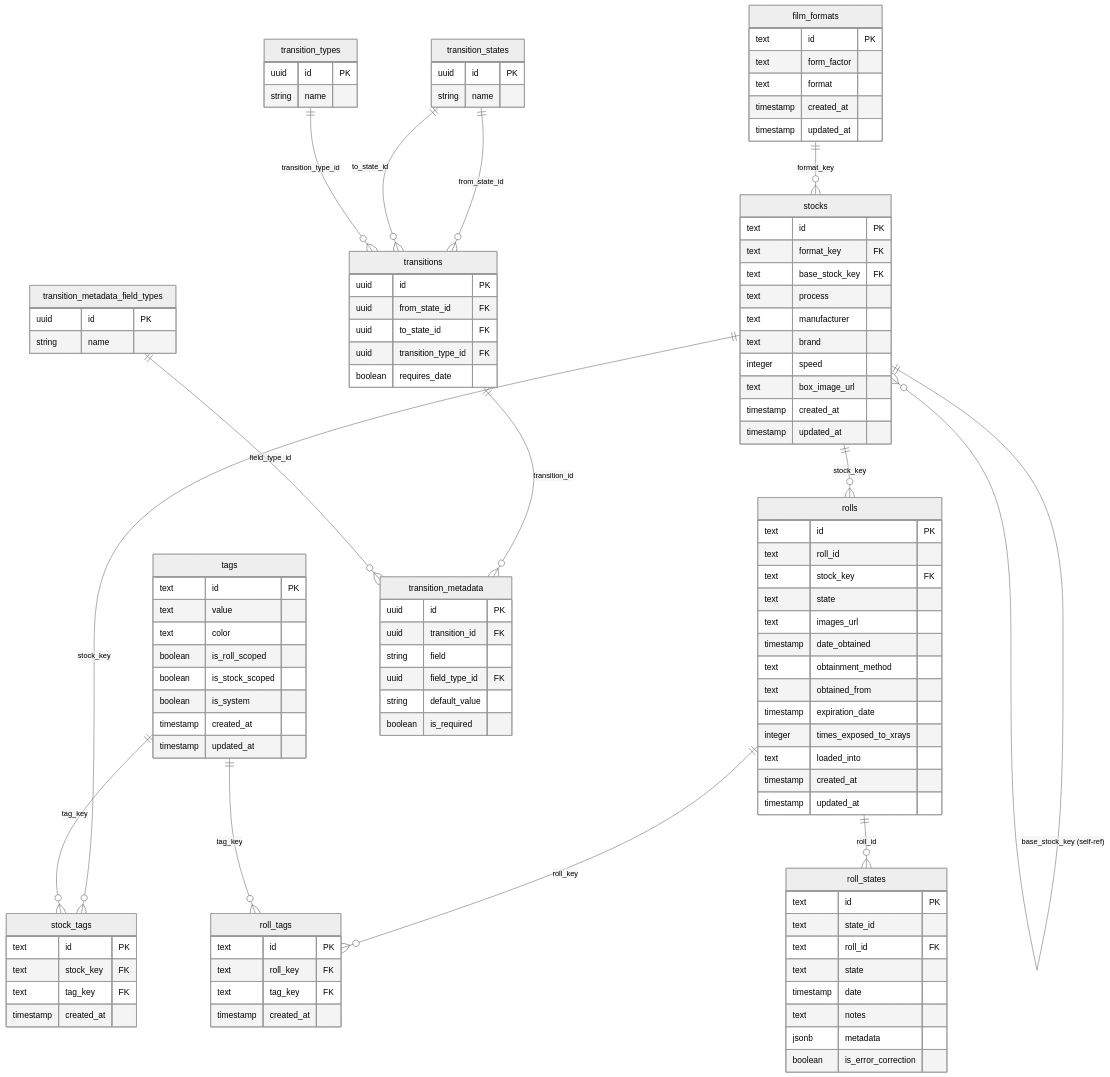
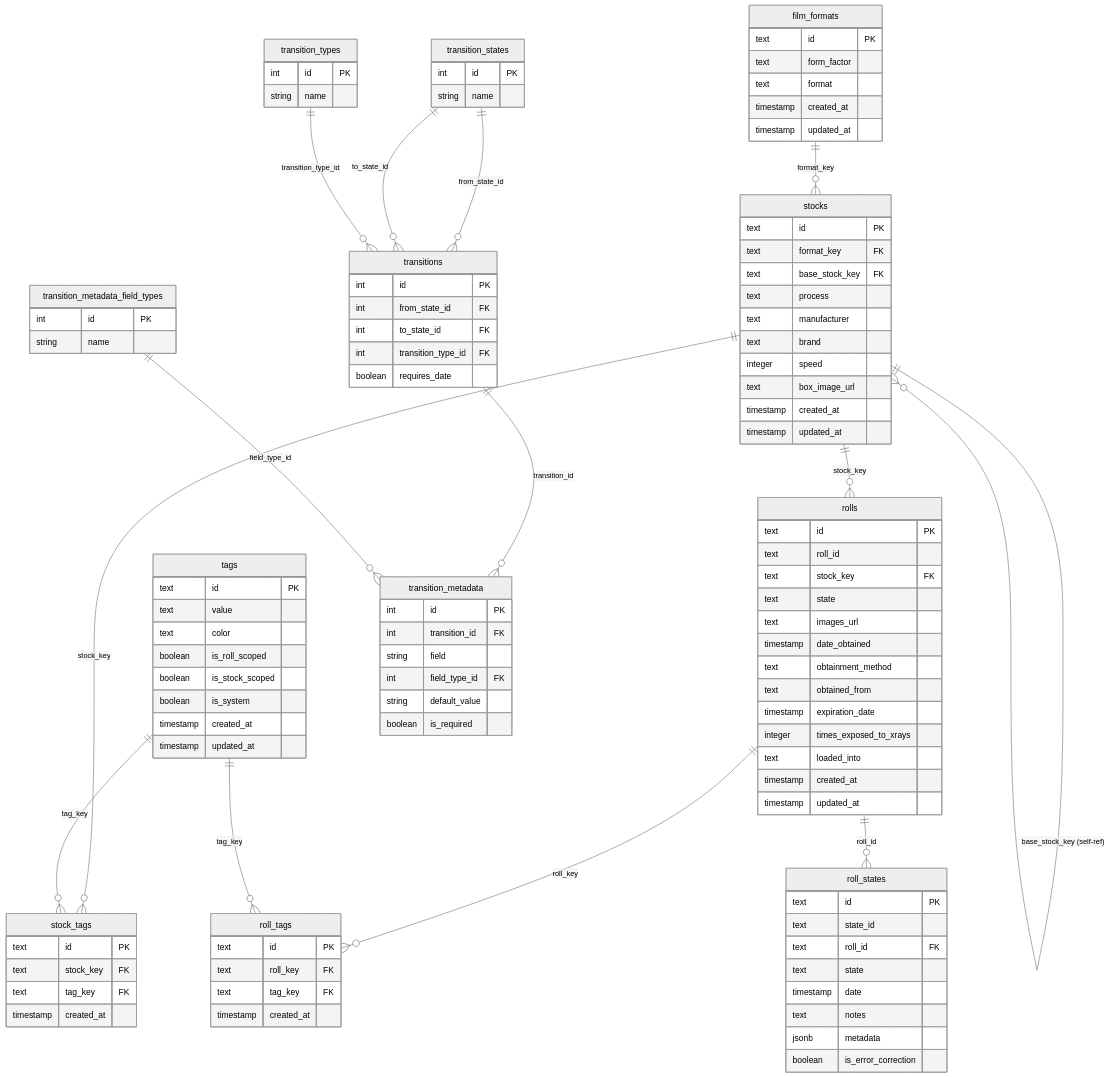
The diagram in docs/entity-relationship.md (joshholl/frollz), drawn with Mermaid (neutral theme) before and after one commit. The commit also changed 219 other files, not shown here.

```diff
--- a/docs/entity-relationship.md
+++ b/docs/entity-relationship.md
@@ -78,33 +78,33 @@
     }
 
     transition_states {
-        uuid id PK
+        int id PK
         string name
     }
 
     transition_types {
-        uuid id PK
+        int id PK
         string name
     }
 
     transition_metadata_field_types {
-        uuid id PK
+        int id PK
         string name
     }
 
     transitions {
-        uuid id PK
-        uuid from_state_id FK
-        uuid to_state_id FK
-        uuid transition_type_id FK
+        int id PK
+        int from_state_id FK
+        int to_state_id FK
+        int transition_type_id FK
         boolean requires_date
     }
 
     transition_metadata {
-        uuid id PK
-        uuid transition_id FK
+        int id PK
+        int transition_id FK
         string field
-        uuid field_type_id FK
+        int field_type_id FK
         string default_value
         boolean is_required
     }
```
